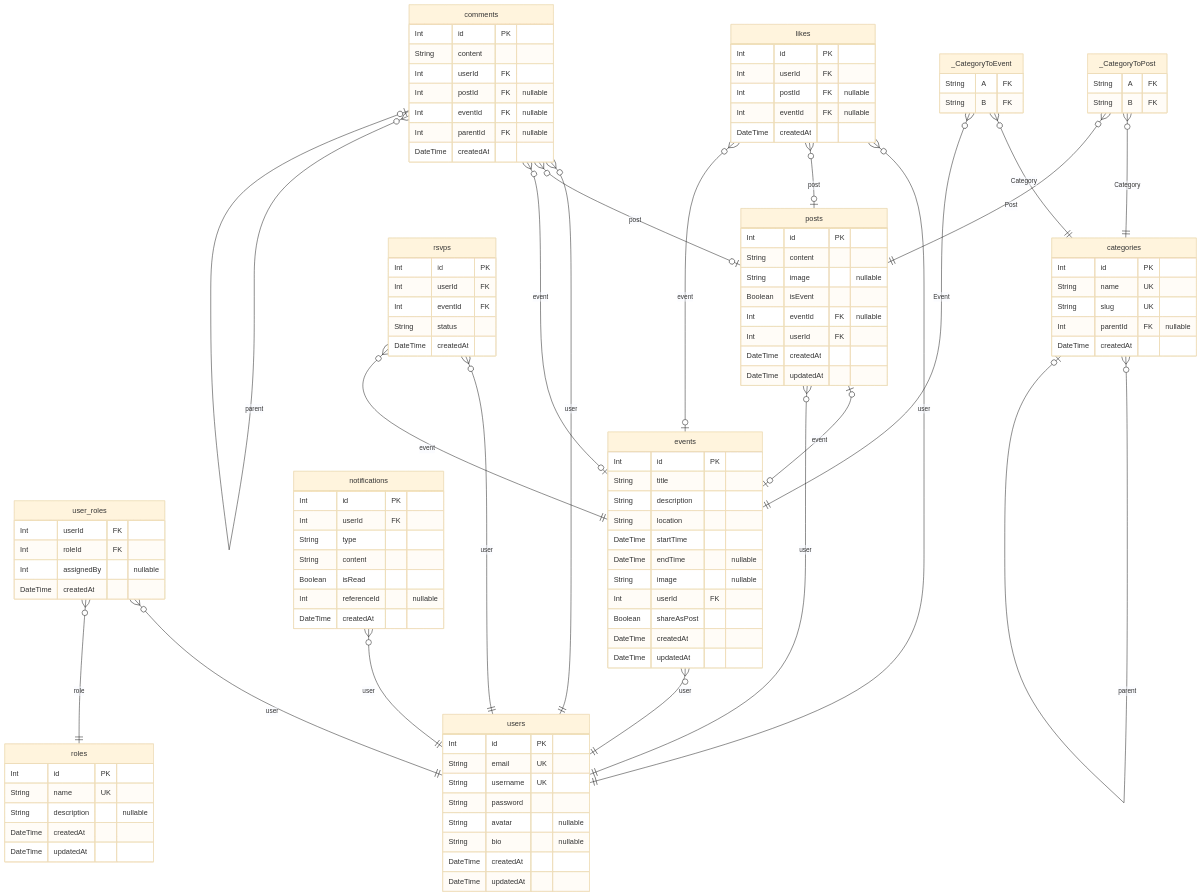
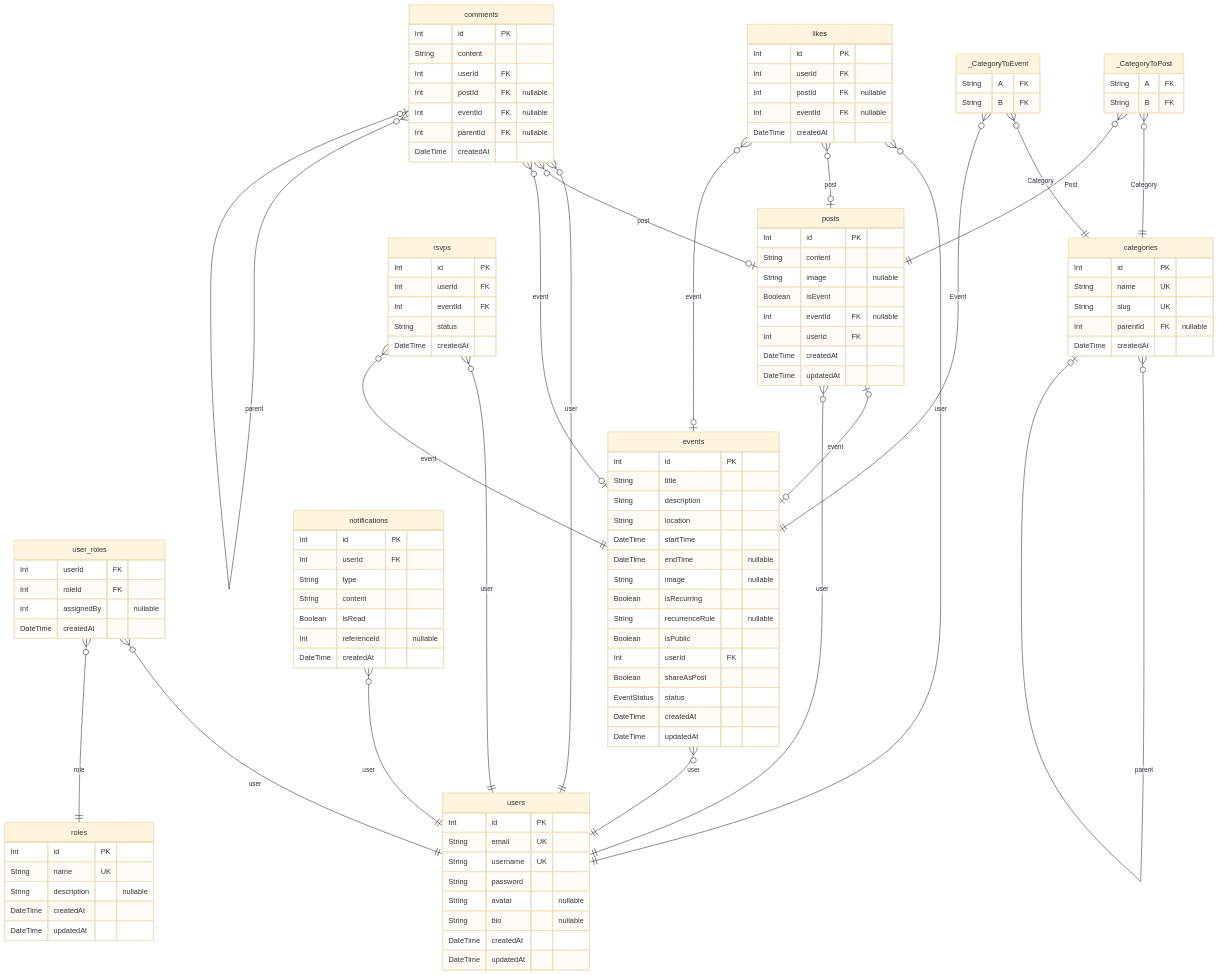
The diagram in prisma/ERD.md (Phastboy/nest-auth), drawn with Mermaid (base theme) before and after one commit. The commit also changed other lines of this file and 65 other files, not shown here.

```diff
--- a/prisma/ERD.md
+++ b/prisma/ERD.md
@@ -54,8 +54,12 @@
   DateTime startTime
   DateTime endTime "nullable"
   String image "nullable"
+  Boolean isRecurring
+  String recurrenceRule "nullable"
+  Boolean isPublic
   Int userId FK
   Boolean shareAsPost
+  EventStatus status
   DateTime createdAt
   DateTime updatedAt
 }
```
